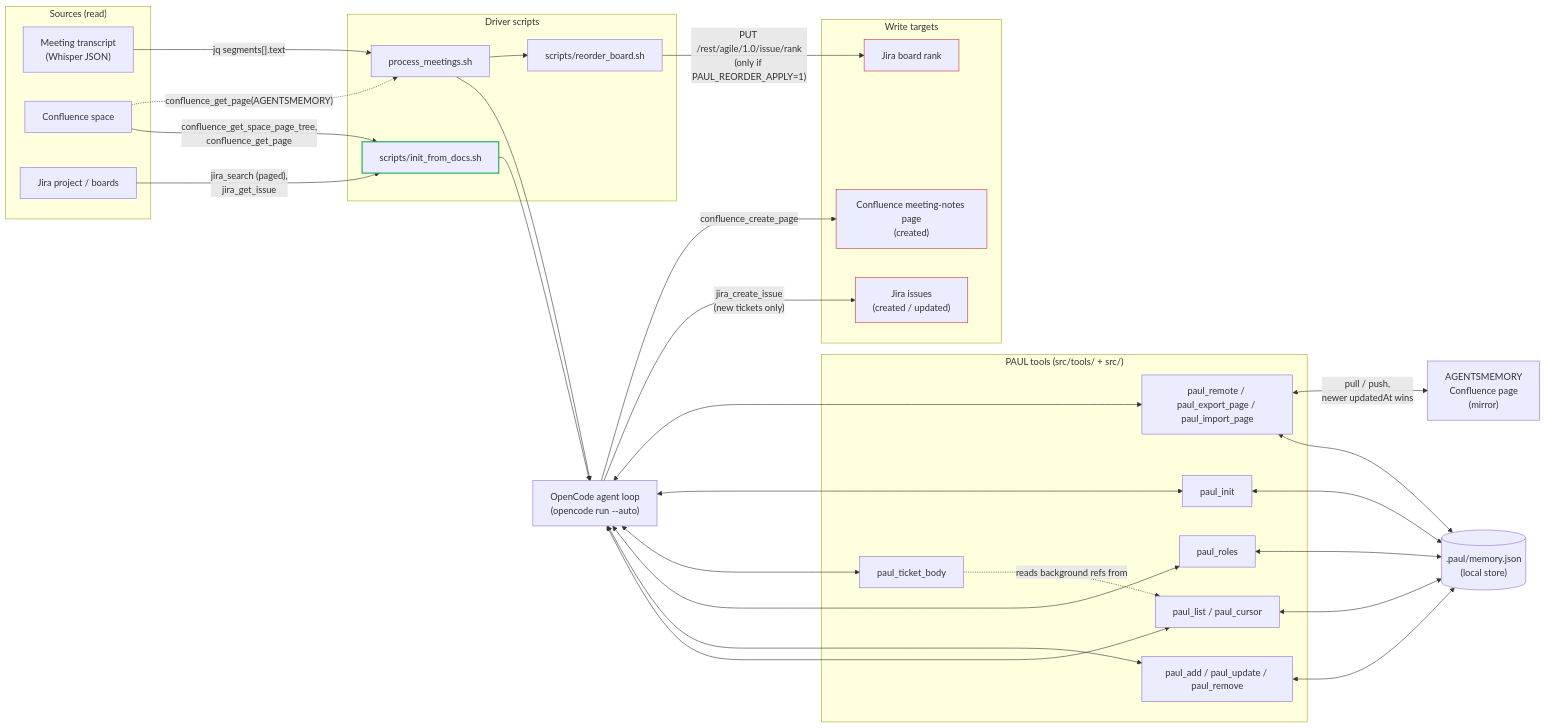
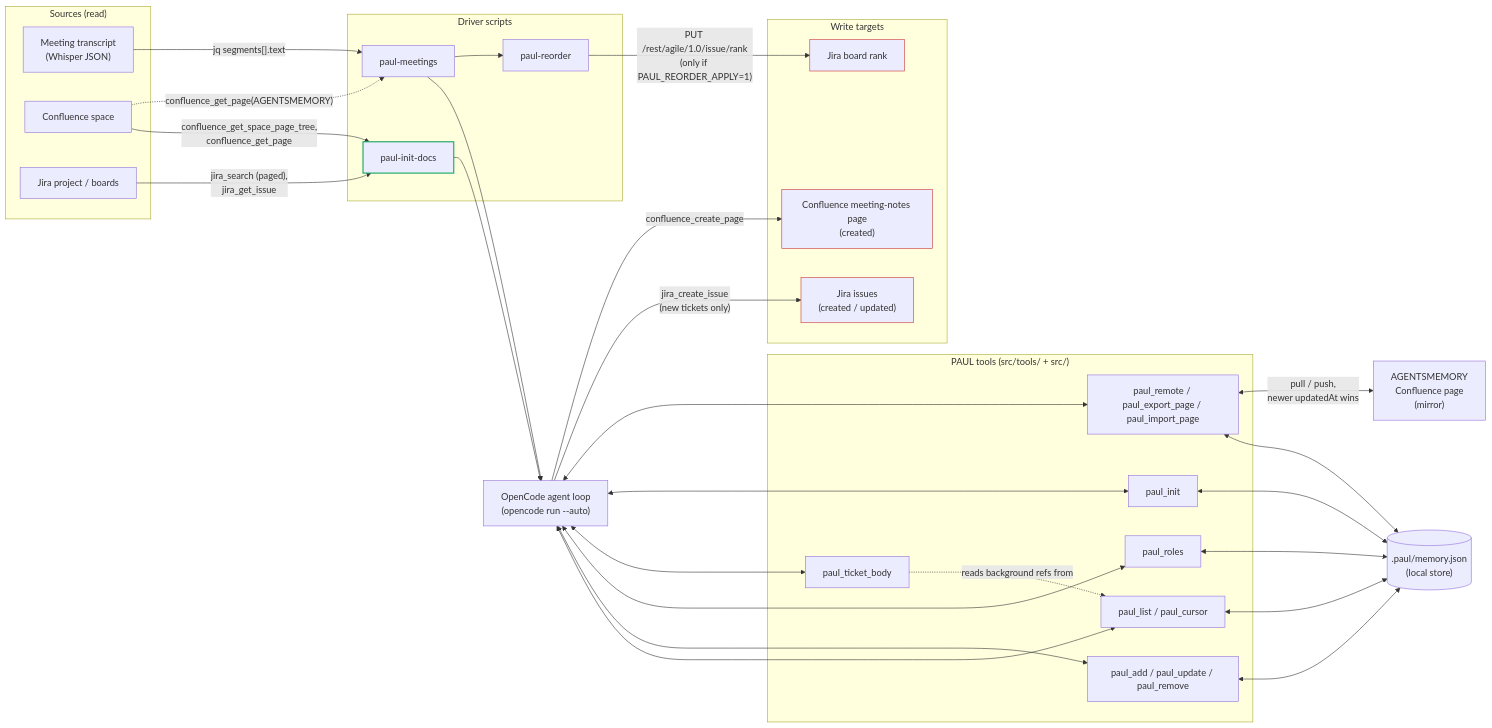
One commit to Barathaner/opencode-paul changed the first of 3 diagrams in docs/ARCHITECTURE.md. Above: the diagram before and after it, drawn with Mermaid. The commit also changed other lines of this file, not shown here.

First line of the commit message:
docs: update mermaid diagrams to reference TS entrypoints

````diff
--- a/docs/ARCHITECTURE.md
+++ b/docs/ARCHITECTURE.md
@@ -61,68 +56,68 @@
 ```mermaid
 flowchart LR
     subgraph Sources["Sources (read)"]
         TR["Meeting transcript\n(Whisper JSON)"]
         CF["Confluence space"]
         JI["Jira project / boards"]
     end
 
     subgraph Drivers["Driver scripts"]
-        PM["process_meetings.sh"]
-        ID["scripts/init_from_docs.sh"]
-        RB["scripts/reorder_board.sh"]
+        PM["paul-meetings"]
+        ID["paul-init-docs"]
+        RB["paul-reorder"]
     end
 
     OC["OpenCode agent loop\n(opencode run --auto)"]
 
     subgraph PAULTools["PAUL tools (src/tools/ + src/)"]
         LIST["paul_list / paul_cursor"]
         WRITE["paul_add / paul_update / paul_remove"]
         ROLES["paul_roles"]
         TICKET["paul_ticket_body"]
         INIT["paul_init"]
         SYNC["paul_remote / paul_export_page / paul_import_page"]
     end
 
     STORE[(".paul/memory.json\n(local store)")]
     MIRROR["AGENTSMEMORY\nConfluence page\n(mirror)"]
 
     subgraph Targets["Write targets"]
         JT["Jira issues\n(created / updated)"]
         MN["Confluence meeting-notes page\n(created)"]
         RANK["Jira board rank"]
     end
 
     TR -->|"jq segments[].text"| PM
     CF -->|"confluence_get_space_page_tree,\nconfluence_get_page"| ID
     JI -->|"jira_search (paged),\njira_get_issue"| ID
     CF -.->|"confluence_get_page(AGENTSMEMORY)"| PM
 
     PM --> OC
     ID --> OC
 
     OC <--> LIST
     OC <--> WRITE
     OC <--> ROLES
     OC <--> TICKET
     OC <--> INIT
     OC <--> SYNC
 
     LIST <--> STORE
     WRITE <--> STORE
     ROLES <--> STORE
     TICKET -.->|"reads background refs from"| LIST
     INIT <--> STORE
     SYNC <--> STORE
 
     SYNC <-->|"pull / push,\nnewer updatedAt wins"| MIRROR
 
     OC -->|"jira_create_issue\n(new tickets only)"| JT
     OC -->|"confluence_create_page"| MN
     PM --> RB
     RB -->|"PUT /rest/agile/1.0/issue/rank\n(only if PAUL_REORDER_APPLY=1)"| RANK
 
     style ID stroke:#2a6,stroke-width:2px
     style JT stroke:#c33,stroke-width:1px
     style MN stroke:#c33,stroke-width:1px
     style RANK stroke:#c33,stroke-width:1px
 ```
````
